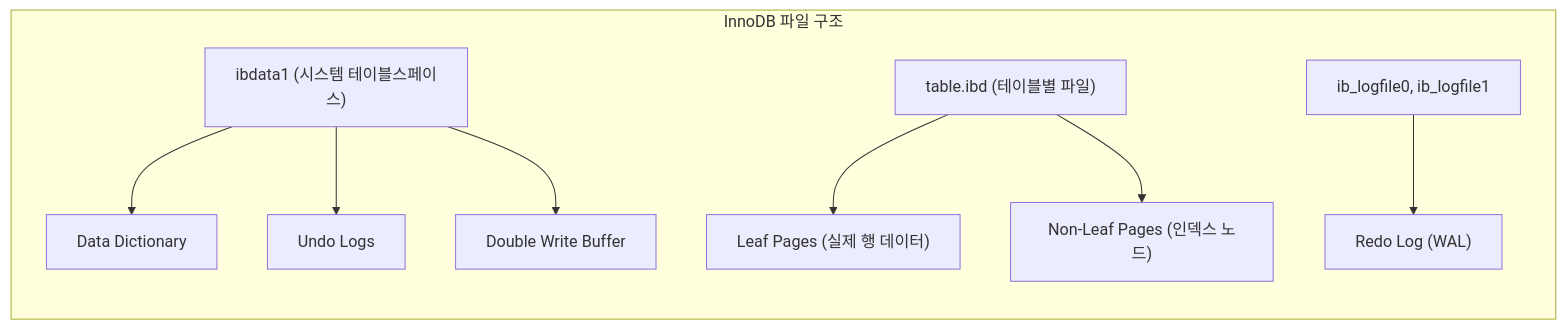
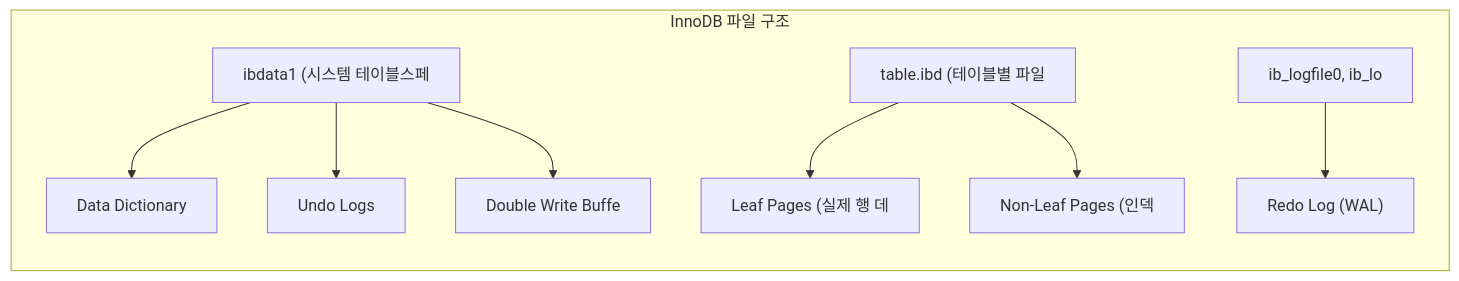
Before and after one commit to yjkim2015/yjkim2015.github.io: the second of 15 diagrams in _posts/db/2026-05-01-db-comparison.md, drawn with Mermaid. The commit also changed other lines of this file and 271 other files, not shown here.

First line of the commit message:
Mermaid 라벨 축소: 긴 노드 텍스트 18자 이하로 트림 + \n 제거

````diff
--- a/_posts/db/2026-05-01-db-comparison.md
+++ b/_posts/db/2026-05-01-db-comparison.md
@@ -69,11 +69,11 @@
 ```mermaid
 graph LR
     subgraph "InnoDB 파일 구조"
-        A["ibdata1 (시스템 테이블스페이스)"] --> A1["Data Dictionary"]
+        A["ibdata1 (시스템 테이블스페"] --> A1["Data Dictionary"]
         A --> A2["Undo Logs"]
-        A --> A3["Double Write Buffer"]
-        B["table.ibd (테이블별 파일)"] --> B1["Leaf Pages (실제 행 데이터)"]
-        B --> B2["Non-Leaf Pages (인덱스 노드)"]
-        C["ib_logfile0, ib_logfile1"] --> C1["Redo Log (WAL)"]
+        A --> A3["Double Write Buffe"]
+        B["table.ibd (테이블별 파일"] --> B1["Leaf Pages (실제 행 데"]
+        B --> B2["Non-Leaf Pages (인덱"]
+        C["ib_logfile0, ib_lo"] --> C1["Redo Log (WAL)"]
     end
 ```
````
